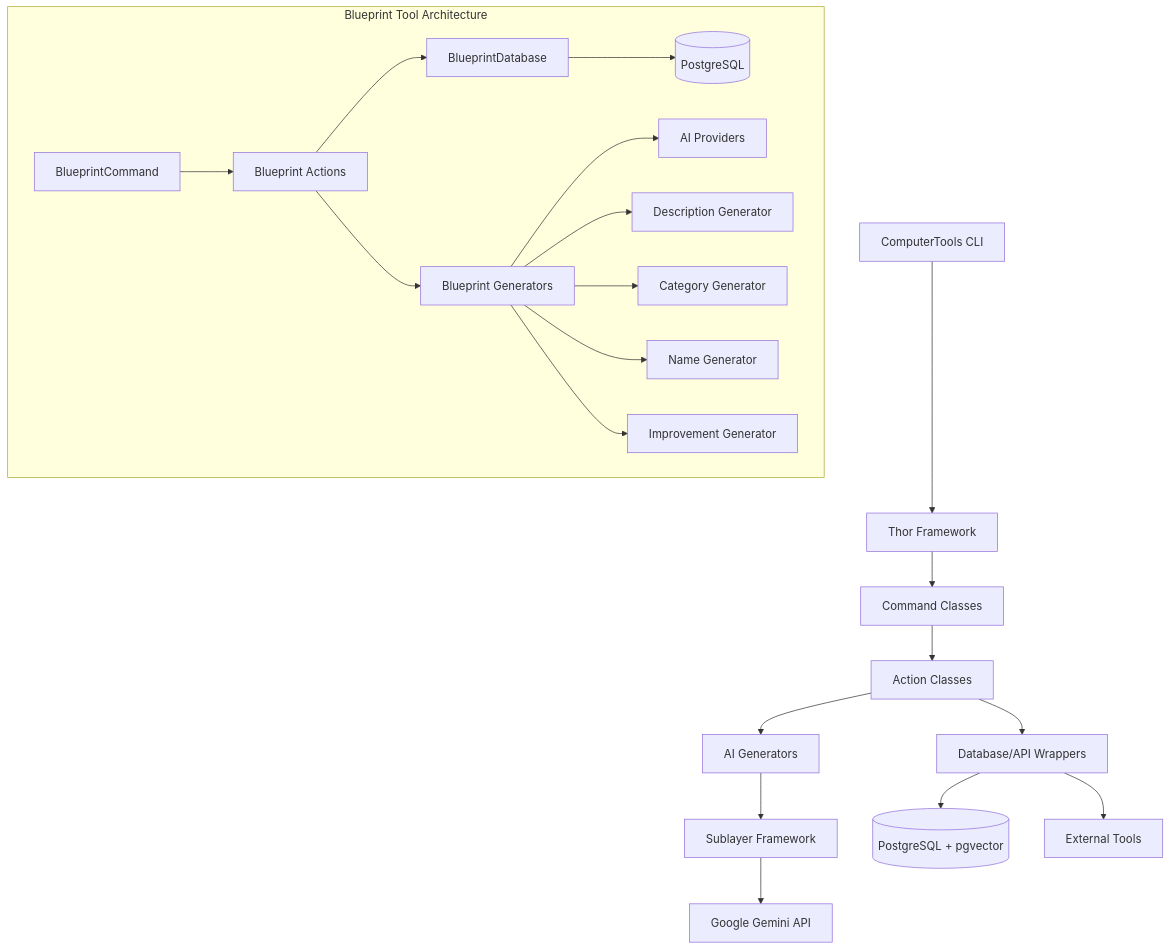
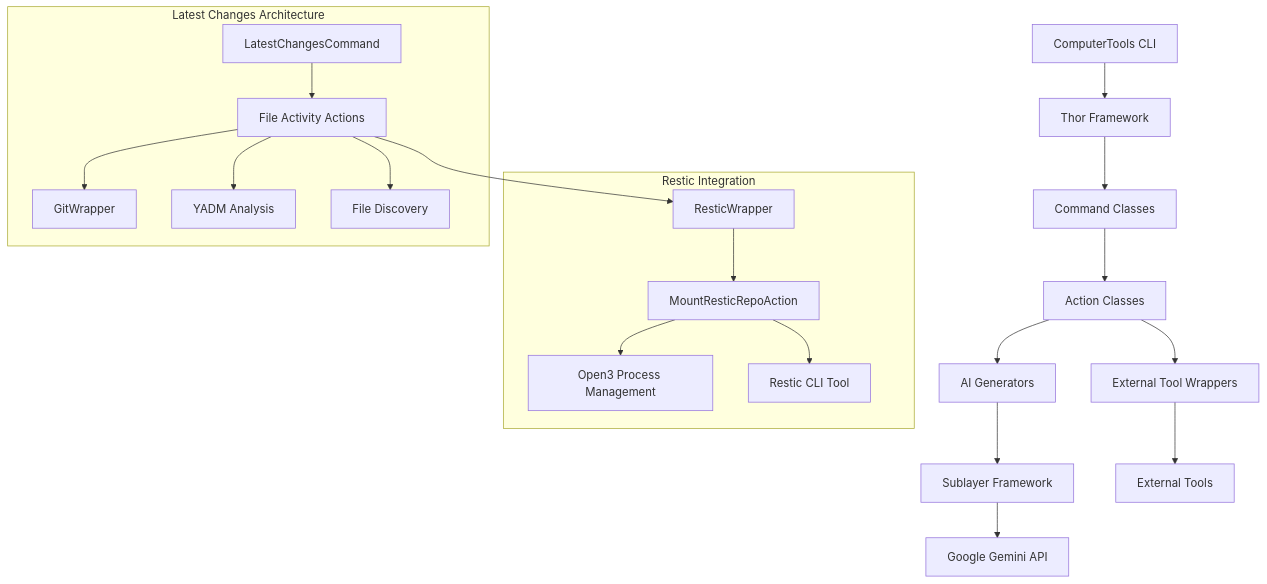
The diagram in README.md (b08x/ComputerTools), drawn with Mermaid before and after one commit. The commit also changed other lines of this file and 1 other file, not shown here.

````diff
--- a/README.md
+++ b/README.md
@@ -158,29 +129,28 @@
 ```mermaid
 graph TB
     CLI[ComputerTools CLI] --> Thor[Thor Framework]
     Thor --> Commands[Command Classes]
     
     Commands --> Actions[Action Classes]
-    Actions --> Wrappers[Database/API Wrappers]
+    Actions --> Wrappers[External Tool Wrappers]
     Actions --> Generators[AI Generators]
     
     Generators --> Sublayer[Sublayer Framework]
     Sublayer --> Gemini[Google Gemini API]
     
-    Wrappers --> DB[(PostgreSQL + pgvector)]
     Wrappers --> External[External Tools]
     
-    subgraph "Blueprint Tool Architecture"
-        BCmd[BlueprintCommand] --> BActions[Blueprint Actions]
-        BActions --> BDB[BlueprintDatabase]
-        BActions --> BGen[Blueprint Generators]
-        
-        BDB --> Postgres[(PostgreSQL)]
-        BGen --> AI[AI Providers]
-        
-        BGen --> DescGen[Description Generator]
-        BGen --> CatGen[Category Generator] 
-        BGen --> NameGen[Name Generator]
-        BGen --> ImpGen[Improvement Generator]
+    subgraph "Restic Integration"
+        ResticWrapper[ResticWrapper] --> MountAction[MountResticRepoAction]
+        MountAction --> Open3[Open3 Process Management]
+        MountAction --> ResticCLI[Restic CLI Tool]
+    end
+    
+    subgraph "Latest Changes Architecture"
+        LCCmd[LatestChangesCommand] --> LCActions[File Activity Actions]
+        LCActions --> GitWrapper[GitWrapper]
+        LCActions --> ResticWrapper
+        LCActions --> YadmWrapper[YADM Analysis]
+        LCActions --> FileDiscovery[File Discovery]
     end
 ```
````
